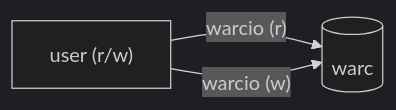
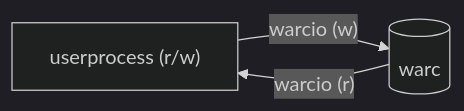
One commit to commoncrawl/whirlwind-python changed the second of 3 diagrams in README.md. Above: the diagram before and after it, drawn with Mermaid (dark theme). The commit also changed other lines of this file, not shown here.

Commit message:
docs: cleanup after testing of diagrams

````diff
--- a/README.md
+++ b/README.md
@@ -111,6 +111,6 @@
 ```mermaid
 flowchart LR
-    user["user (r/w)"]--warcio (r) -->warc
-    user--warcio (w) -->warc
+    user["userprocess (r/w)"]--warcio (w) -->warc
+    warc --warcio (r)--> user 
     warc@{shape: cyl}
 ```
````
